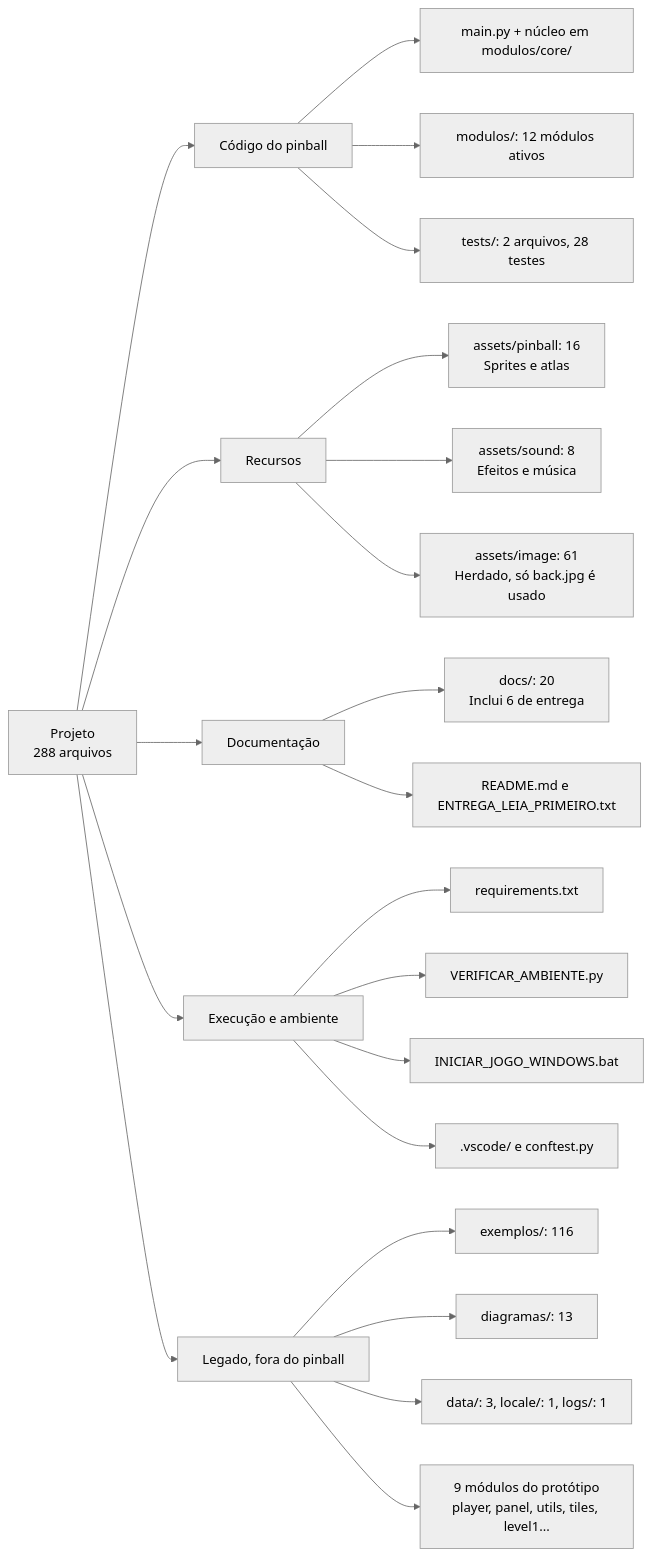
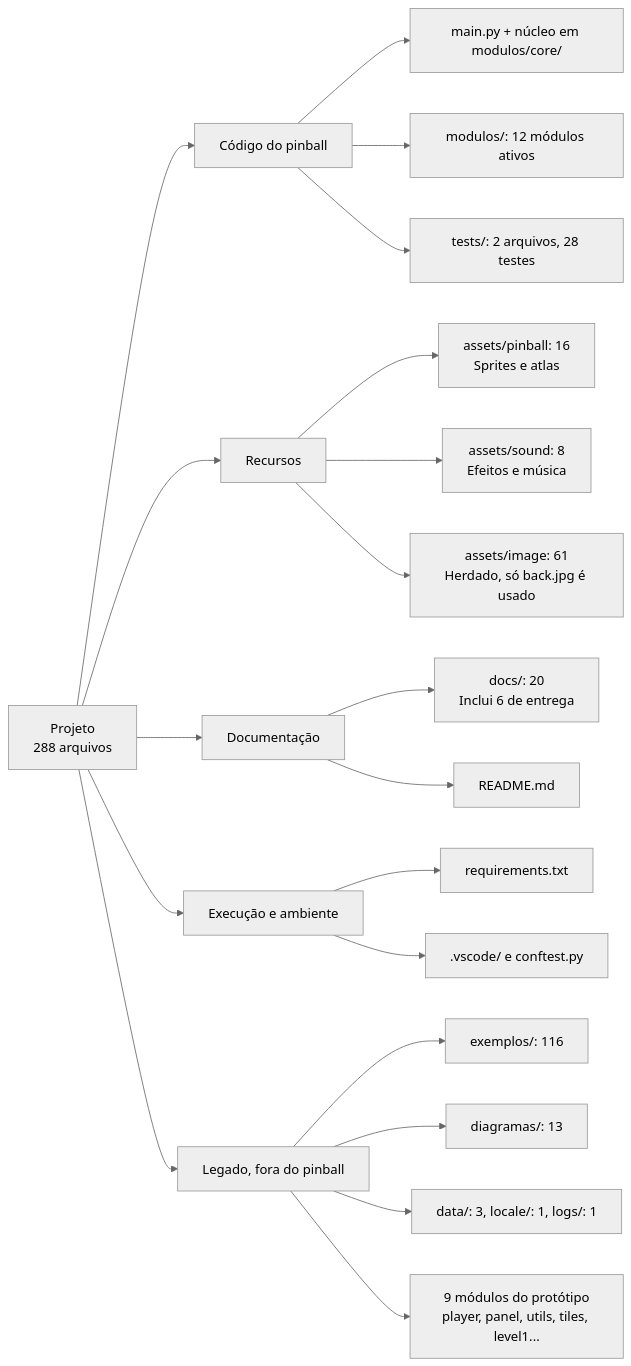
One commit to EthanAbner/TAC-III-Pinball changed the second of 2 diagrams in README.md. Above: the diagram before and after it, drawn with Mermaid (neutral theme). The commit also changed other lines of this file and 8 other files, not shown here.

````diff
--- a/README.md
+++ b/README.md
@@ -172,30 +172,28 @@
 ```mermaid
 flowchart LR
     ROOT["Projeto<br/>288 arquivos"]
 
     ROOT --> CODE["Código do pinball"]
     CODE --> C1["main.py + núcleo em modulos/core/"]
     CODE --> C2["modulos/: 12 módulos ativos"]
     CODE --> C3["tests/: 2 arquivos, 28 testes"]
 
     ROOT --> RES["Recursos"]
     RES --> R1["assets/pinball: 16<br/>Sprites e atlas"]
     RES --> R2["assets/sound: 8<br/>Efeitos e música"]
     RES --> R3["assets/image: 61<br/>Herdado, só back.jpg é usado"]
 
     ROOT --> DOC["Documentação"]
     DOC --> D1["docs/: 20<br/>Inclui 6 de entrega"]
-    DOC --> D2["README.md e ENTREGA_LEIA_PRIMEIRO.txt"]
+    DOC --> D2["README.md"]
 
     ROOT --> SETUP["Execução e ambiente"]
     SETUP --> S1["requirements.txt"]
-    SETUP --> S2["VERIFICAR_AMBIENTE.py"]
-    SETUP --> S3["INICIAR_JOGO_WINDOWS.bat"]
     SETUP --> S4[".vscode/ e conftest.py"]
 
     ROOT --> OLD["Legado, fora do pinball"]
     OLD --> O1["exemplos/: 116"]
     OLD --> O2["diagramas/: 13"]
     OLD --> O3["data/: 3, locale/: 1, logs/: 1"]
     OLD --> O4["9 módulos do protótipo<br/>player, panel, utils, tiles, level1..."]
 ```
````
